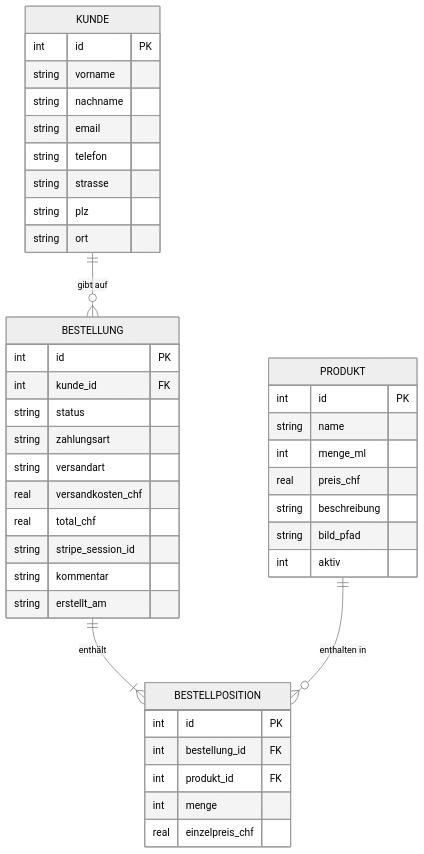
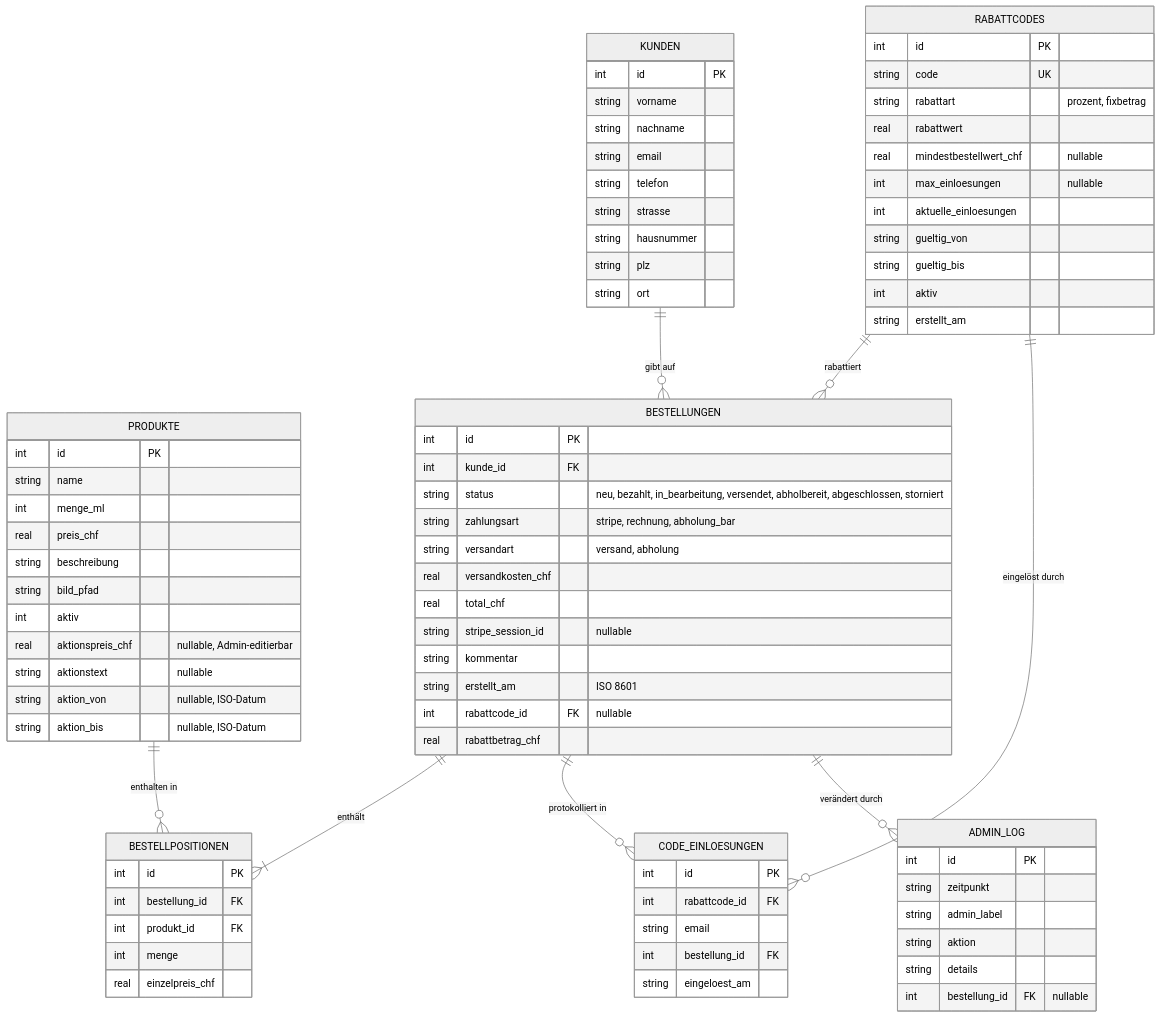
One commit to konstantinniedermann/olivalle-webshop changed the diagram in docs/datenbankschema.md. Above: the diagram before and after it, drawn with Mermaid (neutral theme). The commit also changed other lines of this file and 17 other files, not shown here.

````diff
--- a/docs/datenbankschema.md
+++ b/docs/datenbankschema.md
@@ -7,6 +9,6 @@
 ```mermaid
 erDiagram
-    PRODUKT {
+    PRODUKTE {
         int id PK
         string name
         int menge_ml
@@ -14,33 +16,40 @@
         string beschreibung
         string bild_pfad
         int aktiv
+        real aktionspreis_chf "nullable, Admin-editierbar"
+        string aktionstext "nullable"
+        string aktion_von "nullable, ISO-Datum"
+        string aktion_bis "nullable, ISO-Datum"
     }
 
-    KUNDE {
+    KUNDEN {
         int id PK
         string vorname
         string nachname
         string email
         string telefon
         string strasse
+        string hausnummer
         string plz
         string ort
     }
 
-    BESTELLUNG {
+    BESTELLUNGEN {
         int id PK
         int kunde_id FK
-        string status
-        string zahlungsart
-        string versandart
+        string status "neu, bezahlt, in_bearbeitung, versendet, abholbereit, abgeschlossen, storniert"
+        string zahlungsart "stripe, rechnung, abholung_bar"
+        string versandart "versand, abholung"
         real versandkosten_chf
         real total_chf
-        string stripe_session_id
+        string stripe_session_id "nullable"
         string kommentar
-        string erstellt_am
+        string erstellt_am "ISO 8601"
+        int rabattcode_id FK "nullable"
+        real rabattbetrag_chf
     }
 
-    BESTELLPOSITION {
+    BESTELLPOSITIONEN {
         int id PK
         int bestellung_id FK
         int produkt_id FK
@@ -48,7 +57,42 @@
         real einzelpreis_chf
     }
 
-    KUNDE ||--o{ BESTELLUNG : "gibt auf"
-    BESTELLUNG ||--|{ BESTELLPOSITION : "enthält"
-    PRODUKT ||--o{ BESTELLPOSITION : "enthalten in"
+    RABATTCODES {
+        int id PK
+        string code UK
+        string rabattart "prozent, fixbetrag"
+        real rabattwert
+        real mindestbestellwert_chf "nullable"
+        int max_einloesungen "nullable"
+        int aktuelle_einloesungen
+        string gueltig_von
+        string gueltig_bis
+        int aktiv
+        string erstellt_am
+    }
+
+    CODE_EINLOESUNGEN {
+        int id PK
+        int rabattcode_id FK
+        string email
+        int bestellung_id FK
+        string eingeloest_am
+    }
+
+    ADMIN_LOG {
+        int id PK
+        string zeitpunkt
+        string admin_label
+        string aktion
+        string details
+        int bestellung_id FK "nullable"
+    }
+
+    KUNDEN ||--o{ BESTELLUNGEN : "gibt auf"
+    BESTELLUNGEN ||--|{ BESTELLPOSITIONEN : "enthält"
+    PRODUKTE ||--o{ BESTELLPOSITIONEN : "enthalten in"
+    RABATTCODES ||--o{ BESTELLUNGEN : "rabattiert"
+    RABATTCODES ||--o{ CODE_EINLOESUNGEN : "eingelöst durch"
+    BESTELLUNGEN ||--o{ CODE_EINLOESUNGEN : "protokolliert in"
+    BESTELLUNGEN ||--o{ ADMIN_LOG : "verändert durch"
 ```
````
